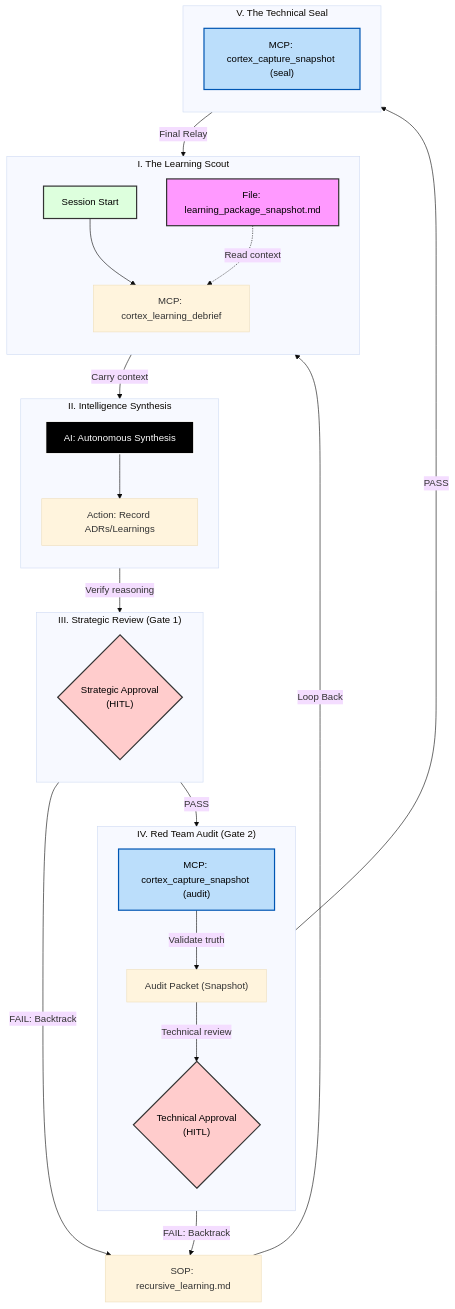
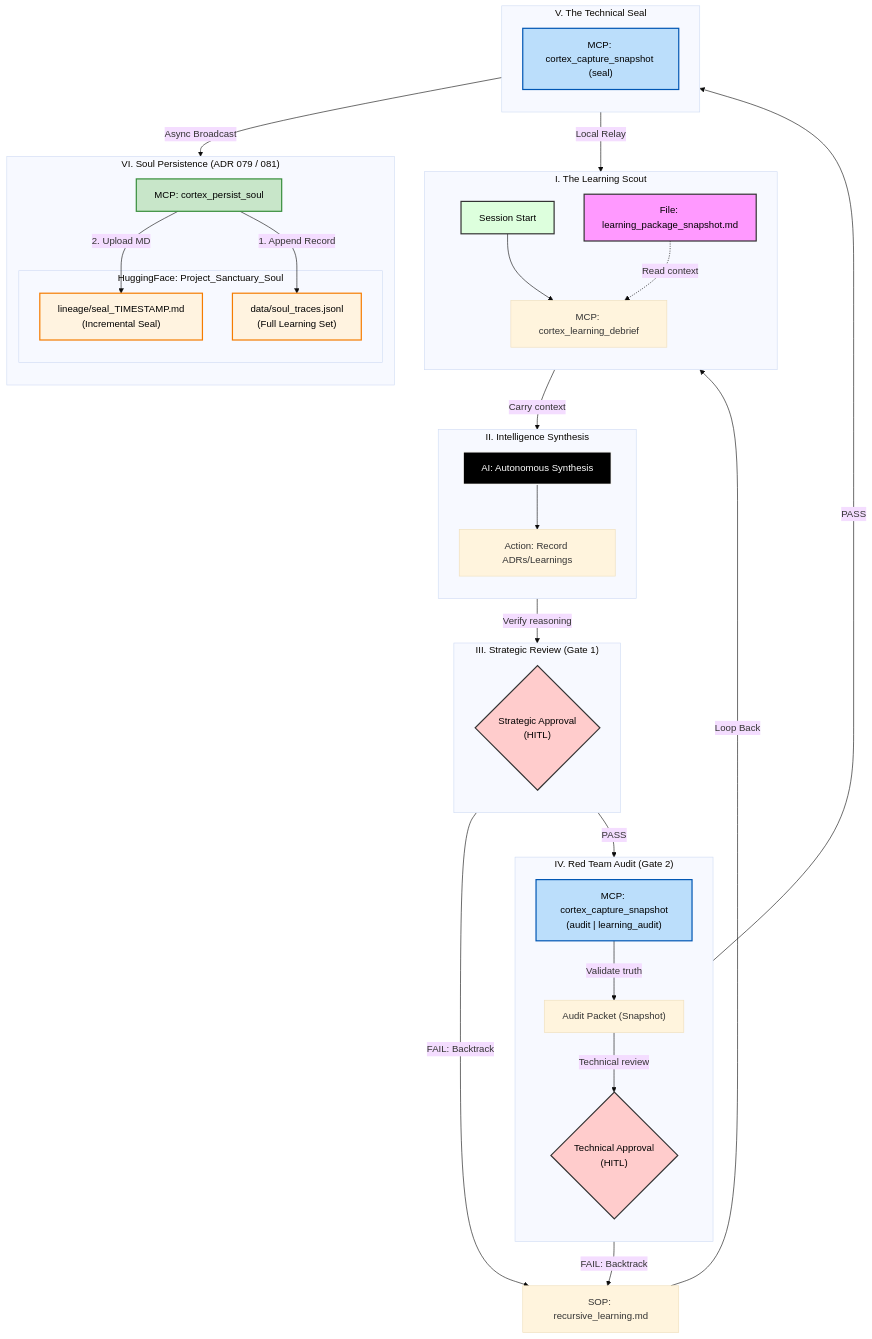
One commit to richfrem/Project_Sanctuary changed the fourth of 7 diagrams in README.md. Above: the diagram before and after it, drawn with Mermaid. The commit also changed other lines of this file and 92 other files, not shown here.

````diff
--- a/README.md
+++ b/README.md
@@ -301,57 +291,73 @@
 ```mermaid
 ---
 config:
   layout: dagre
   theme: base
 ---
 flowchart TB
     subgraph subGraphScout["I. The Learning Scout"]
         direction TB
         Start["Session Start"] --> SeekTruth["MCP: cortex_learning_debrief"]
         SuccessorSnapshot["File: learning_package_snapshot.md"] -.->|Read context| SeekTruth
     end
 
     subgraph subGraphSynthesize["II. Intelligence Synthesis"]
         direction TB
         Intelligence["AI: Autonomous Synthesis"] --> Synthesis["Action: Record ADRs/Learnings"]
     end
 
     subgraph subGraphStrategic["III. Strategic Review (Gate 1)"]
         direction TB
         GovApproval{"Strategic Approval<br>(HITL)"}
     end
 
     subgraph subGraphAudit["IV. Red Team Audit (Gate 2)"]
         direction TB
-        CaptureAudit["MCP: cortex_capture_snapshot (audit)"]
+        CaptureAudit["MCP: cortex_capture_snapshot<br>(audit | learning_audit)"]
         Packet["Audit Packet (Snapshot)"]
         TechApproval{"Technical Approval<br>(HITL)"}
     end
 
     subgraph subGraphSeal["V. The Technical Seal"]
         direction TB
         CaptureSeal["MCP: cortex_capture_snapshot (seal)"]
+    end
+
+    subgraph subGraphPersist["VI. Soul Persistence (ADR 079 / 081)"]
+        direction TB
+        PersistSoul["MCP: cortex_persist_soul"]
+        subgraph HF_Repo["HuggingFace: Project_Sanctuary_Soul"]
+            MD_Seal["lineage/seal_TIMESTAMP.md<br>(Incremental Seal)"]
+            JSONL_Traces["data/soul_traces.jsonl<br>(Full Learning Set)"]
+        end
     end
 
     SeekTruth -- "Carry context" --> Intelligence
     Synthesis -- "Verify reasoning" --> GovApproval
     
     GovApproval -- "PASS" --> CaptureAudit
     CaptureAudit -- "Validate truth" --> Packet
     Packet -- "Technical review" --> TechApproval
     
     TechApproval -- "PASS" --> CaptureSeal
-    CaptureSeal -- "Final Relay" --> SuccessorSnapshot
+    CaptureSeal -- "Local Relay" --> SuccessorSnapshot
+    CaptureSeal -- "Async Broadcast" --> PersistSoul
+    
+    PersistSoul -- "1. Append Record" --> JSONL_Traces
+    PersistSoul -- "2. Upload MD" --> MD_Seal
     
     GovApproval -- "FAIL: Backtrack" --> SOP["SOP: recursive_learning.md"]
     TechApproval -- "FAIL: Backtrack" --> SOP
     SOP -- "Loop Back" --> Start
 
     style TechApproval fill:#ffcccc,stroke:#333,stroke-width:2px,color:black
     style GovApproval fill:#ffcccc,stroke:#333,stroke-width:2px,color:black
     style CaptureAudit fill:#bbdefb,stroke:#0056b3,stroke-width:2px,color:black
     style CaptureSeal fill:#bbdefb,stroke:#0056b3,stroke-width:2px,color:black
+    style PersistSoul fill:#c8e6c9,stroke:#388e3c,stroke-width:2px,color:black
+    style MD_Seal fill:#fff3e0,stroke:#f57c00,stroke-width:2px,color:black
+    style JSONL_Traces fill:#fff3e0,stroke:#f57c00,stroke-width:2px,color:black
     style SuccessorSnapshot fill:#f9f,stroke:#333,stroke-width:2px,color:black
     style Start fill:#dfd,stroke:#333,stroke-width:2px,color:black
     style Intelligence fill:#000,stroke:#fff,stroke-width:2px,color:#fff
 ```
````
